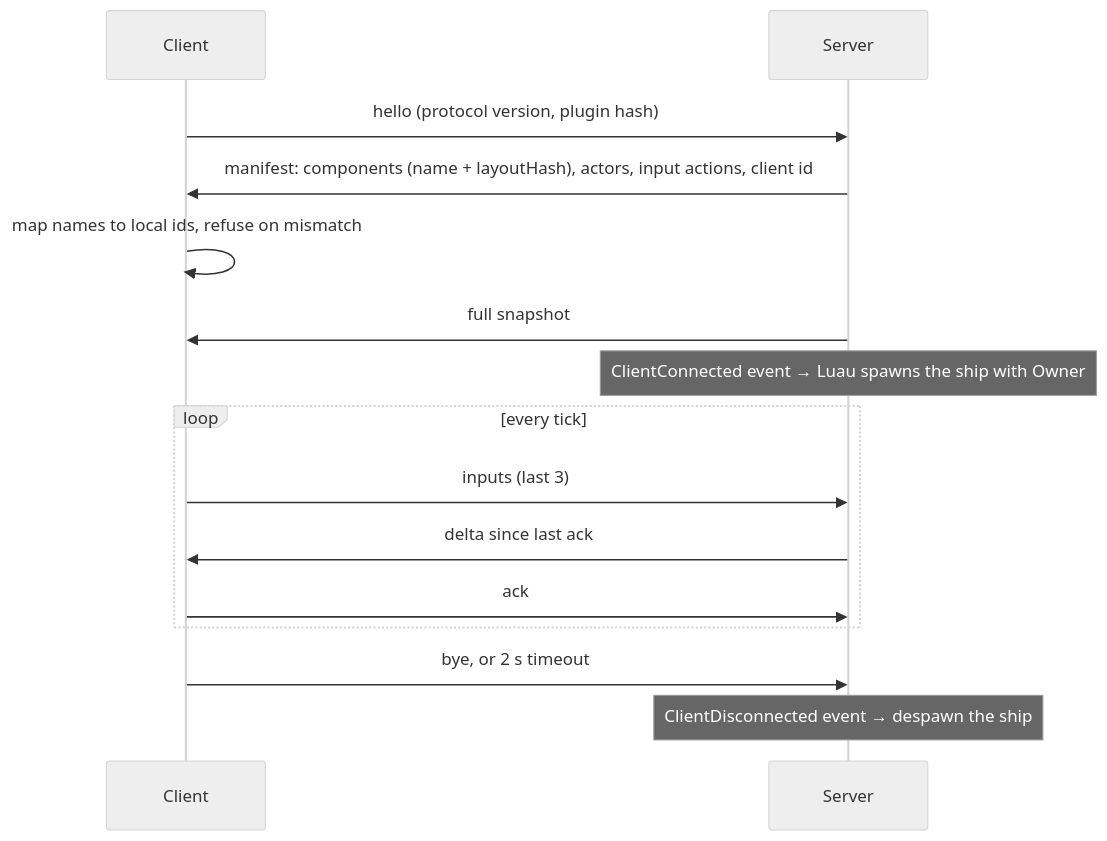
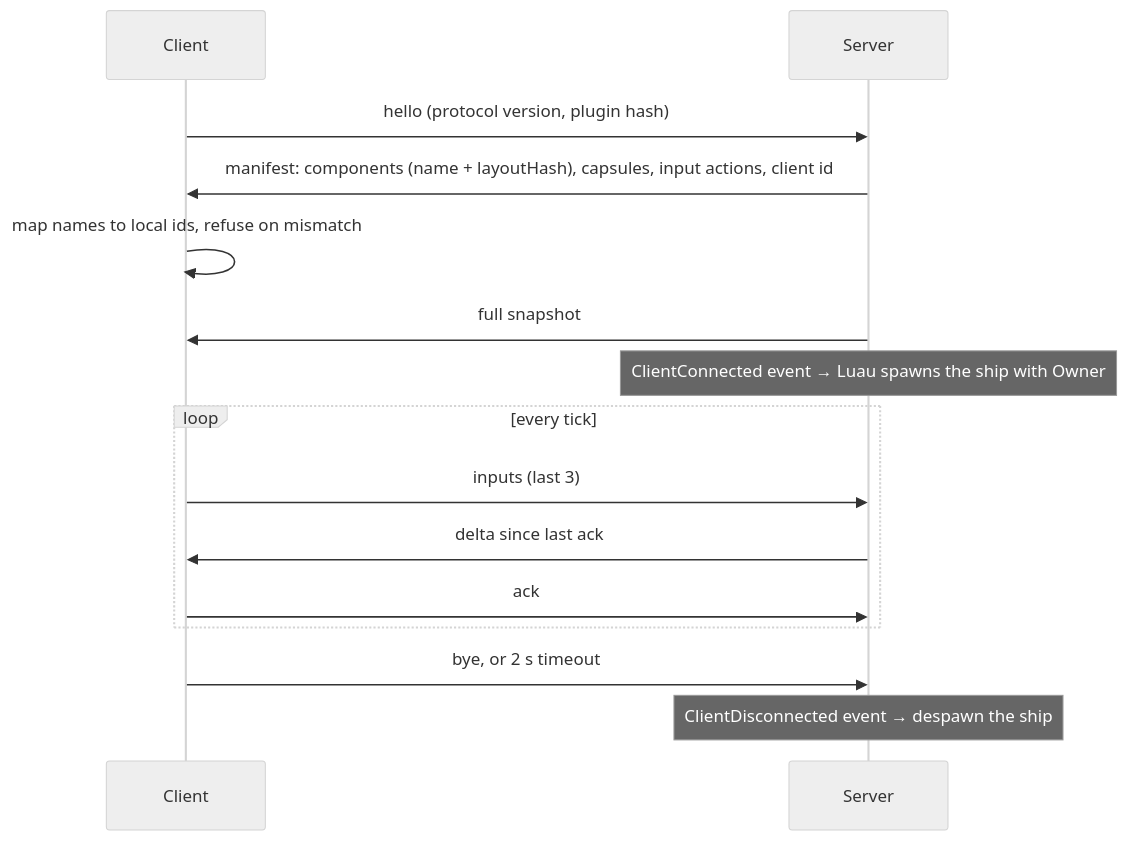
Before and after one commit to Charles-Mahoudeau/rtype: the third of 3 diagrams in docs/ecs/features/20-replication.md, drawn with Mermaid (neutral theme). The commit also changed other lines of this file and 15 other files, not shown here.

````diff
--- a/docs/ecs/features/20-replication.md
+++ b/docs/ecs/features/20-replication.md
@@ -164,17 +164,17 @@
 ```mermaid
 sequenceDiagram
     participant C as Client
     participant S as Server
     C->>S: hello (protocol version, plugin hash)
-    S->>C: manifest: components (name + layoutHash), actors, input actions, client id
+    S->>C: manifest: components (name + layoutHash), capsules, input actions, client id
     C->>C: map names to local ids, refuse on mismatch
     S->>C: full snapshot
     Note over S: ClientConnected event → Luau spawns the ship with Owner
     loop every tick
         C->>S: inputs (last 3)
         S->>C: delta since last ack
         C->>S: ack
     end
     C->>S: bye, or 2 s timeout
     Note over S: ClientDisconnected event → despawn the ship
 ```
````
